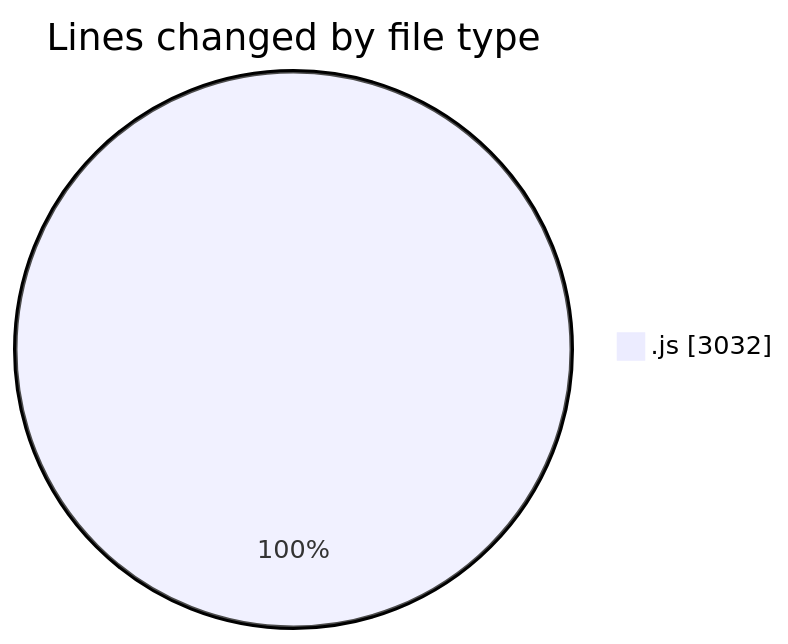
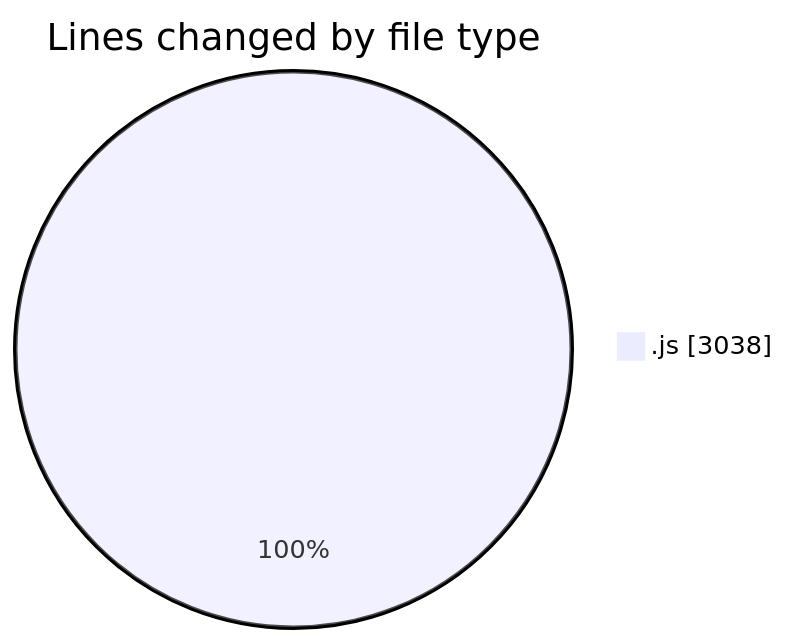
Before and after one commit to nxtqubesakshisongat/code-tracking: the first of 2 diagrams in 2025-09-24/nxtqube_webapp/README.md, drawn with Mermaid. The commit also changed other lines of this file and 1 other file, not shown here.

````diff
--- a/2025-09-24/nxtqube_webapp/README.md
+++ b/2025-09-24/nxtqube_webapp/README.md
@@ -21,5 +21,5 @@
 ```mermaid
 pie showData
 title Lines changed by file type
-".js" : 3032
+".js" : 3038
 ```
````
